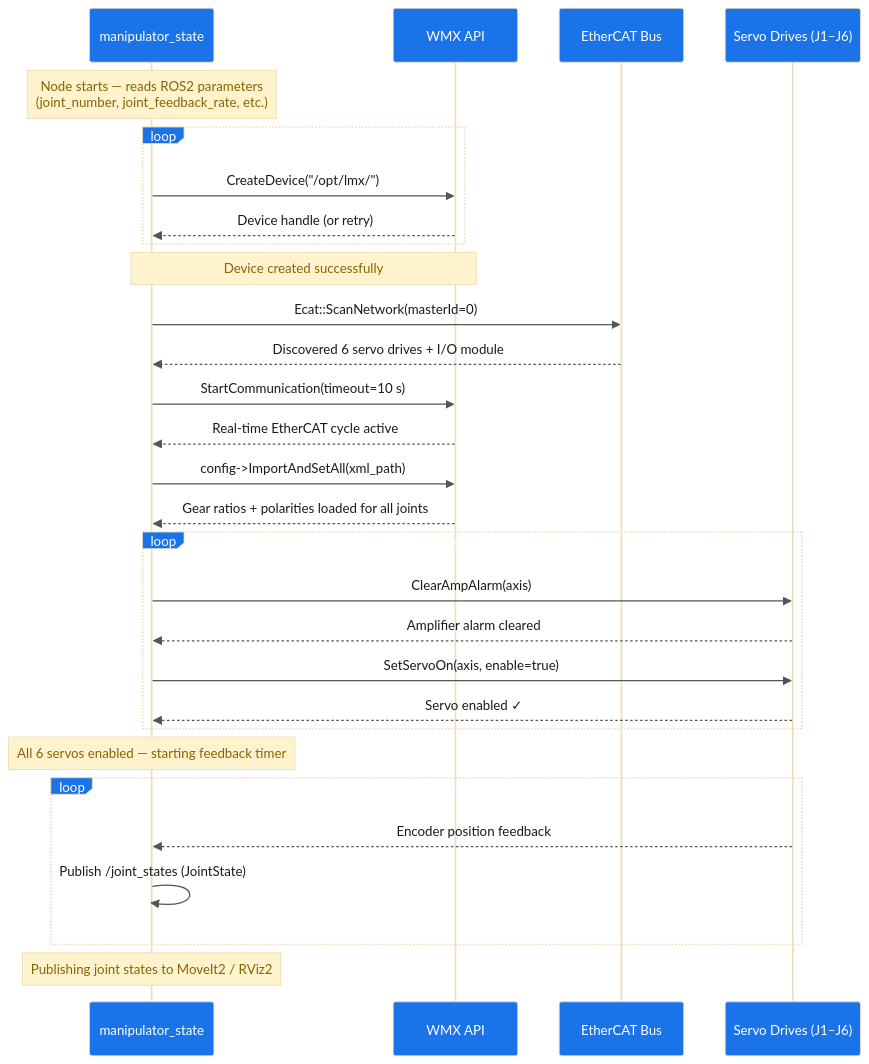
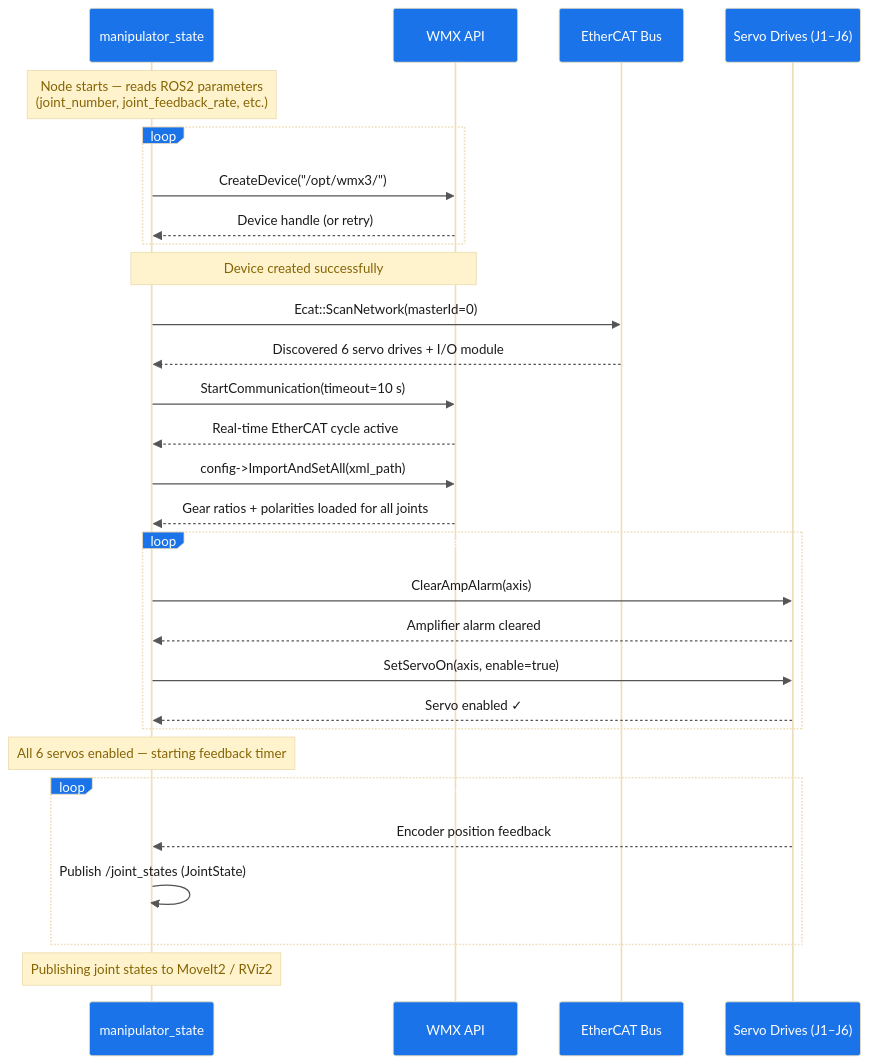
Before and after one commit to movensys/wmx_ros2_doc: the diagram in doc/_static/mermaid/init_sequence.mmd, drawn with Mermaid. The commit also changed 12 other files, not shown here.

```diff
--- a/doc/_static/mermaid/init_sequence.mmd
+++ b/doc/_static/mermaid/init_sequence.mmd
@@ -1,40 +1,40 @@
 %%{init: {"theme": "base", "themeVariables": {"actorBkg": "#1a73e8", "actorTextColor": "#fff", "actorBorderColor": "#1558b0", "signalColor": "#555", "signalTextColor": "#1a1a1a", "noteBkgColor": "#fff3cd", "noteTextColor": "#856404"}}}%%
 sequenceDiagram
     participant N as manipulator_state
     participant W as WMX API
     participant E as EtherCAT Bus
     participant S as Servo Drives (J1–J6)
 
     Note over N: Node starts — reads ROS2 parameters<br/>(joint_number, joint_feedback_rate, etc.)
 
     loop Retry up to 5×, 2 s interval
-        N->>W: CreateDevice("/opt/lmx/")
+        N->>W: CreateDevice("/opt/wmx3/")
         W-->>N: Device handle (or retry)
     end
 
     Note over N,W: Device created successfully
 
     N->>E: Ecat::ScanNetwork(masterId=0)
     E-->>N: Discovered 6 servo drives + I/O module
 
     N->>W: StartCommunication(timeout=10 s)
     W-->>N: Real-time EtherCAT cycle active
 
     N->>W: config->ImportAndSetAll(xml_path)
     W-->>N: Gear ratios + polarities loaded for all joints
 
     loop For each joint  J1 → J6
         N->>S: ClearAmpAlarm(axis)
         S-->>N: Amplifier alarm cleared
         N->>S: SetServoOn(axis, enable=true)
         S-->>N: Servo enabled ✓
     end
 
     Note over N: All 6 servos enabled — starting feedback timer
 
     loop Every 1/joint_feedback_rate seconds
         S-->>N: Encoder position feedback
         N->>N: Publish /joint_states (JointState)
     end
 
     Note over N: Publishing joint states to MoveIt2 / RViz2
```
